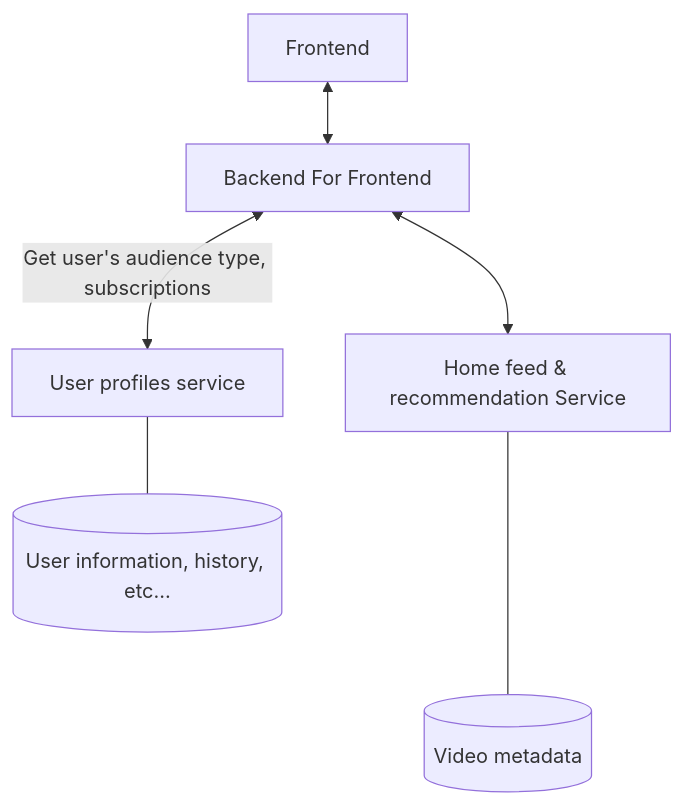
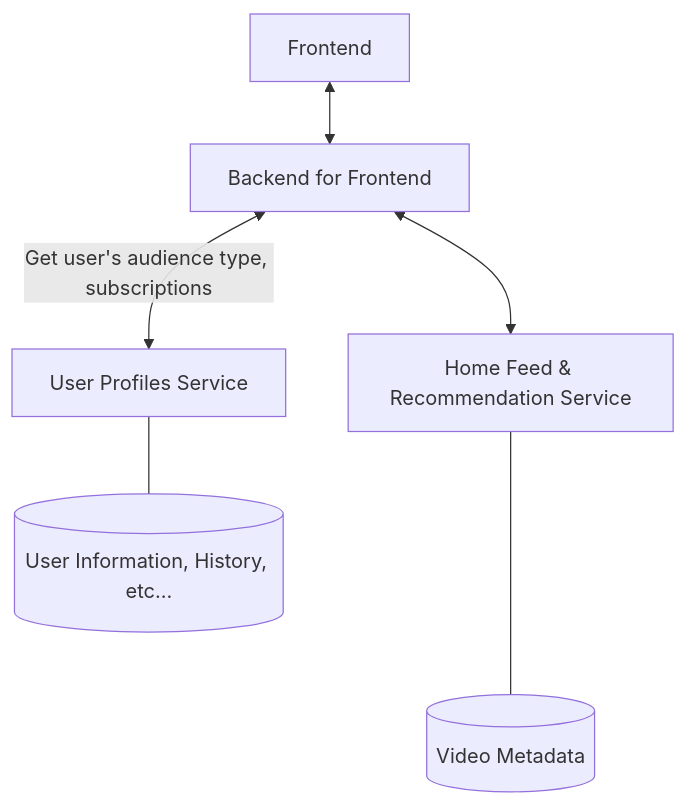
Before and after one commit to kevthunder/Vention-system-design-assessment: the third of 12 diagrams in docs/README.md, drawn with Mermaid. The commit also changed other lines of this file and 1 other file, not shown here.

````diff
--- a/docs/README.md
+++ b/docs/README.md
@@ -123,15 +129,15 @@
 ```mermaid
 flowchart TD
     Frontend[Frontend]
-    BFF[Backend For Frontend]
+    BFF[Backend for Frontend]
     Frontend <--> BFF
 
-    User[User profiles service]
-    UserDB[(User information, history, etc...)]
-    BFF -- Get user's audience type, subscriptions  <--> User --- UserDB
+    User[User Profiles Service]
+    UserDb[(User Information, History, etc...)]
+    BFF -- Get user's audience type, subscriptions  <--> User --- UserDb
 
-    Feed[Home feed & recommendation Service]
-    VideoDB[(Video metadata)]
+    Feed[Home Feed & Recommendation Service]
+    VideoDb[(Video Metadata)]
     BFF <--> Feed
-    Feed ---- VideoDB
+    Feed ---- VideoDb
 ```
````
